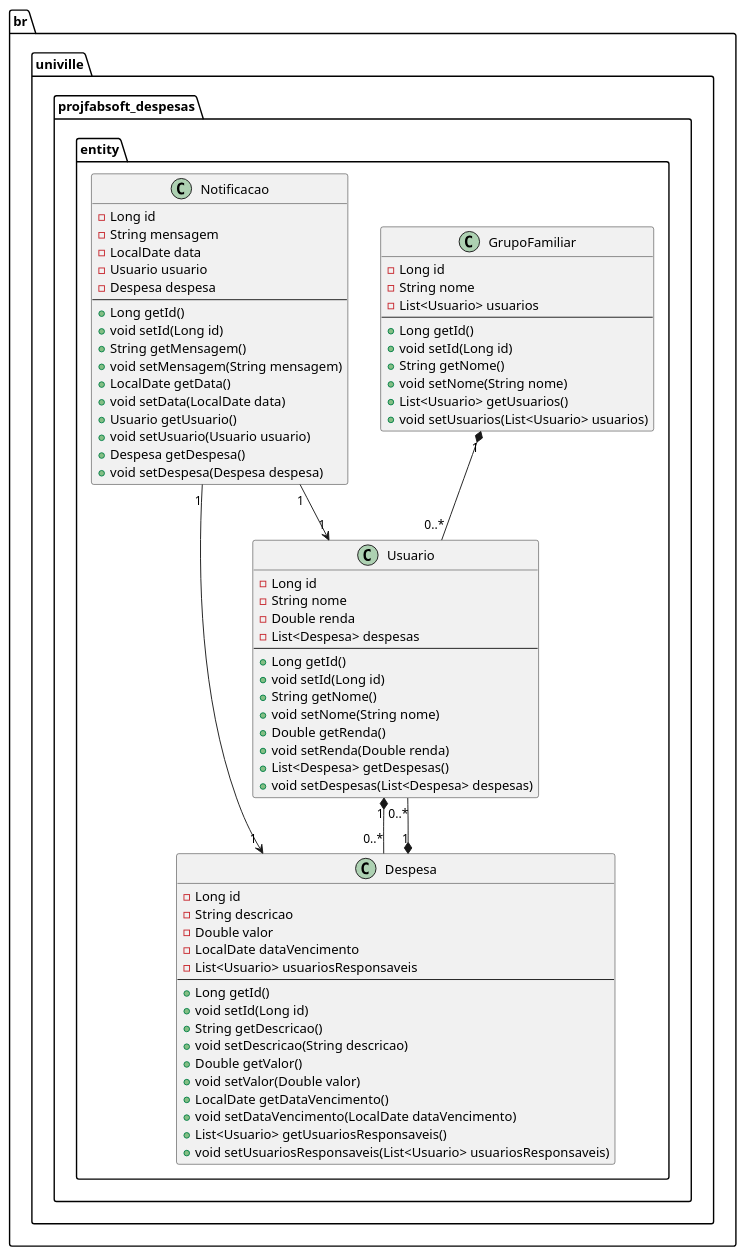
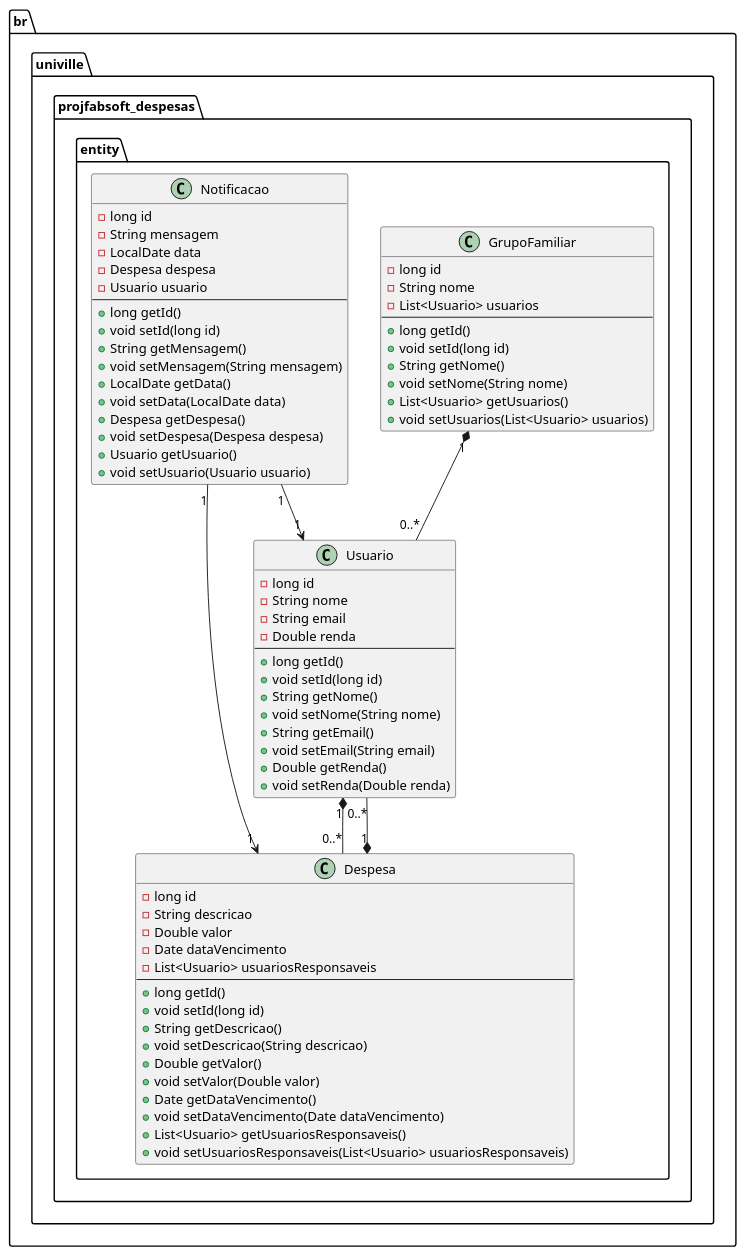
Before and after one commit to vladilima/fabsoftb_vladimir: the diagram in diagramas/diagrama-classes-entity.puml, drawn with PlantUML. The commit also changed 5 other files, not shown here.

Commit message:
chore: diagrama de entidades

```diff
--- a/diagramas/diagrama-classes-entity.puml
+++ b/diagramas/diagrama-classes-entity.puml
@@ -1,76 +1,76 @@
 @startuml
 package br.univille.projfabsoft_despesas.entity {
     class GrupoFamiliar {
-        - Long id
+        - long id
         - String nome
         - List<Usuario> usuarios
         --
-        + Long getId()
-        + void setId(Long id)
+        + long getId()
+        + void setId(long id)
         + String getNome()
         + void setNome(String nome)
         + List<Usuario> getUsuarios()
         + void setUsuarios(List<Usuario> usuarios)
     }
 
     class Usuario {
-        - Long id
+        - long id
         - String nome
+        - String email
         - Double renda
-        - List<Despesa> despesas
         --
-        + Long getId()
-        + void setId(Long id)
+        + long getId()
+        + void setId(long id)
         + String getNome()
         + void setNome(String nome)
+        + String getEmail()
+        + void setEmail(String email)
         + Double getRenda()
         + void setRenda(Double renda)
-        + List<Despesa> getDespesas()
-        + void setDespesas(List<Despesa> despesas)
     }
 
     class Despesa {
-        - Long id
+        - long id
         - String descricao
         - Double valor
-        - LocalDate dataVencimento
+        - Date dataVencimento
         - List<Usuario> usuariosResponsaveis
         --
-        + Long getId()
-        + void setId(Long id)
+        + long getId()
+        + void setId(long id)
         + String getDescricao()
         + void setDescricao(String descricao)
         + Double getValor()
         + void setValor(Double valor)
-        + LocalDate getDataVencimento()
-        + void setDataVencimento(LocalDate dataVencimento)
+        + Date getDataVencimento()
+        + void setDataVencimento(Date dataVencimento)
         + List<Usuario> getUsuariosResponsaveis()
         + void setUsuariosResponsaveis(List<Usuario> usuariosResponsaveis)
     }
 
     class Notificacao {
-        - Long id
+        - long id
         - String mensagem
         - LocalDate data
+        - Despesa despesa
         - Usuario usuario
-        - Despesa despesa
         --
-        + Long getId()
-        + void setId(Long id)
+        + long getId()
+        + void setId(long id)
         + String getMensagem()
         + void setMensagem(String mensagem)
         + LocalDate getData()
         + void setData(LocalDate data)
+        + Despesa getDespesa()
+        + void setDespesa(Despesa despesa)
         + Usuario getUsuario()
         + void setUsuario(Usuario usuario)
-        + Despesa getDespesa()
-        + void setDespesa(Despesa despesa)
     }
 
     GrupoFamiliar "1" *-- "0..*" Usuario
     Usuario "1" *-- "0..*" Despesa
     Despesa "1" *-- "0..*" Usuario
     Notificacao "1" --> "1" Usuario
     Notificacao "1" --> "1" Despesa
 }
 @enduml
```
